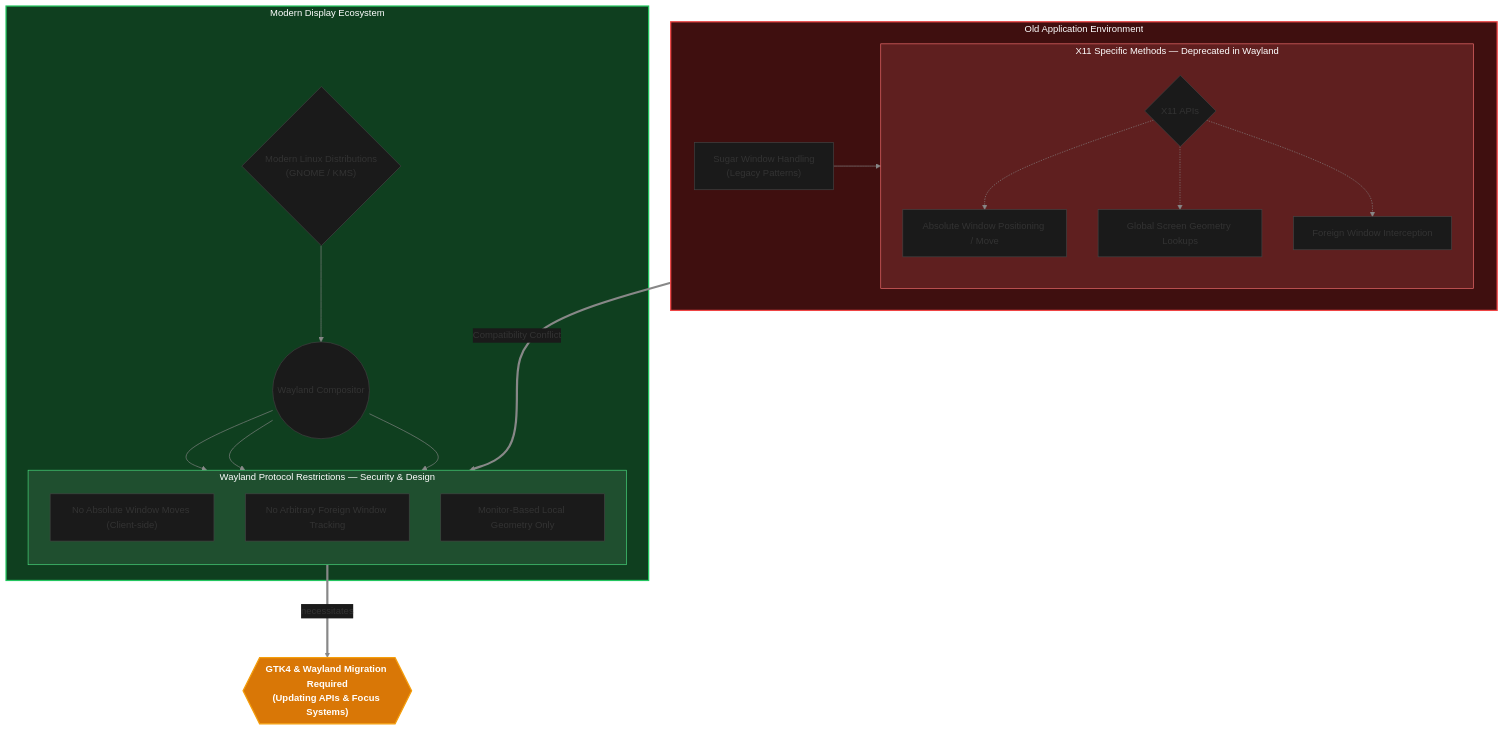
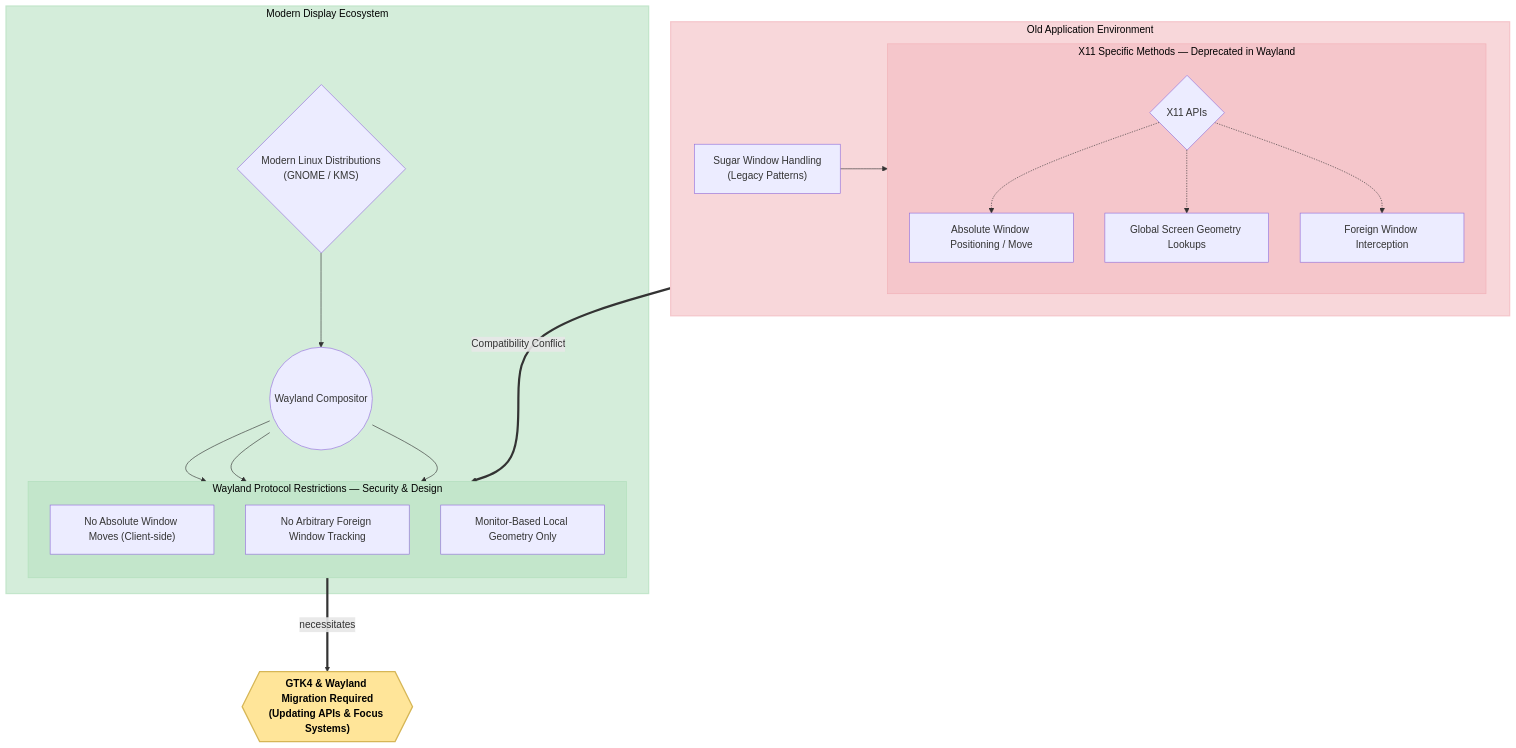
Before and after one commit to Dev10-sys/sugar-proposal-gtk: the ninth of 9 diagrams in proposal.md, drawn with Mermaid. The commit also changed other lines of this file, not shown here.

Commit message:
Convert diagrams to crisp light theme based on reference photos

````diff
--- a/proposal.md
+++ b/proposal.md
@@ -591,48 +583,47 @@
 ```mermaid
-%%{init: {'theme': 'base', 'themeVariables': {'background': '#0a0a0a', 'primaryColor': '#1a1a1a', 'primaryBorderColor': '#444444', 'lineColor': '#888888', 'textColor': '#ffffff', 'fontSize': '15px'}}}%%
 flowchart TD
     subgraph LegacyEnv ["Old Application Environment"]
         OldSugar["Sugar Window Handling\n(Legacy Patterns)"]
 
         subgraph X11Features ["X11 Specific Methods — Deprecated in Wayland"]
             direction TB
             X11Calls{"X11 APIs"}
             WindowMove["Absolute Window Positioning / Move"]
             ScreenSize["Global Screen Geometry Lookups"]
             ForeignWindows["Foreign Window Interception"]
         end
 
         OldSugar --> X11Calls
         X11Calls -.-> WindowMove
         X11Calls -.-> ScreenSize
         X11Calls -.-> ForeignWindows
     end
 
     subgraph ModernEnv ["Modern Display Ecosystem"]
         NewLinux{"Modern Linux Distributions\n(GNOME / KMS)"}
         Wayland(("Wayland Compositor"))
 
         subgraph WaylandRestrictions ["Wayland Protocol Restrictions — Security & Design"]
             direction TB
             Restriction1["No Absolute Window Moves (Client-side)"]
             Restriction2["No Arbitrary Foreign Window Tracking"]
             Restriction3["Monitor-Based Local Geometry Only"]
         end
 
         NewLinux --> Wayland
         Wayland --> Restriction1
         Wayland --> Restriction2
         Wayland --> Restriction3
     end
 
     LegacyEnv ===>|Compatibility Conflict| WaylandRestrictions
     WaylandRestrictions ===>|necessitates| Result
 
     Result{{"GTK4 & Wayland Migration Required\n(Updating APIs & Focus Systems)"}}
 
-    style LegacyEnv fill:#3f0f0f,stroke:#ef4444,stroke-width:2px,color:#ffffff
-    style X11Features fill:#5f1f1f,stroke:#f87171,stroke-width:1px,color:#ffffff
-    style ModernEnv fill:#0f3f1f,stroke:#22c55e,stroke-width:2px,color:#ffffff
-    style WaylandRestrictions fill:#1f4f2f,stroke:#4ade80,stroke-width:1px,color:#ffffff
-    style Result fill:#d97706,stroke:#f59e0b,stroke-width:2px,color:#ffffff,font-weight:bold
+    style LegacyEnv fill:#f8d7da,stroke:#f5c6cb,stroke-width:2px,color:#000000
+    style X11Features fill:#f5c6cb,stroke:#f1b0b7,stroke-width:1px,color:#000000
+    style ModernEnv fill:#d4edda,stroke:#c3e6cb,stroke-width:2px,color:#000000
+    style WaylandRestrictions fill:#c3e6cb,stroke:#b1dfbb,stroke-width:1px,color:#000000
+    style Result fill:#ffe599,stroke:#d6b656,stroke-width:2px,color:#000000,font-weight:bold
 ```
````
